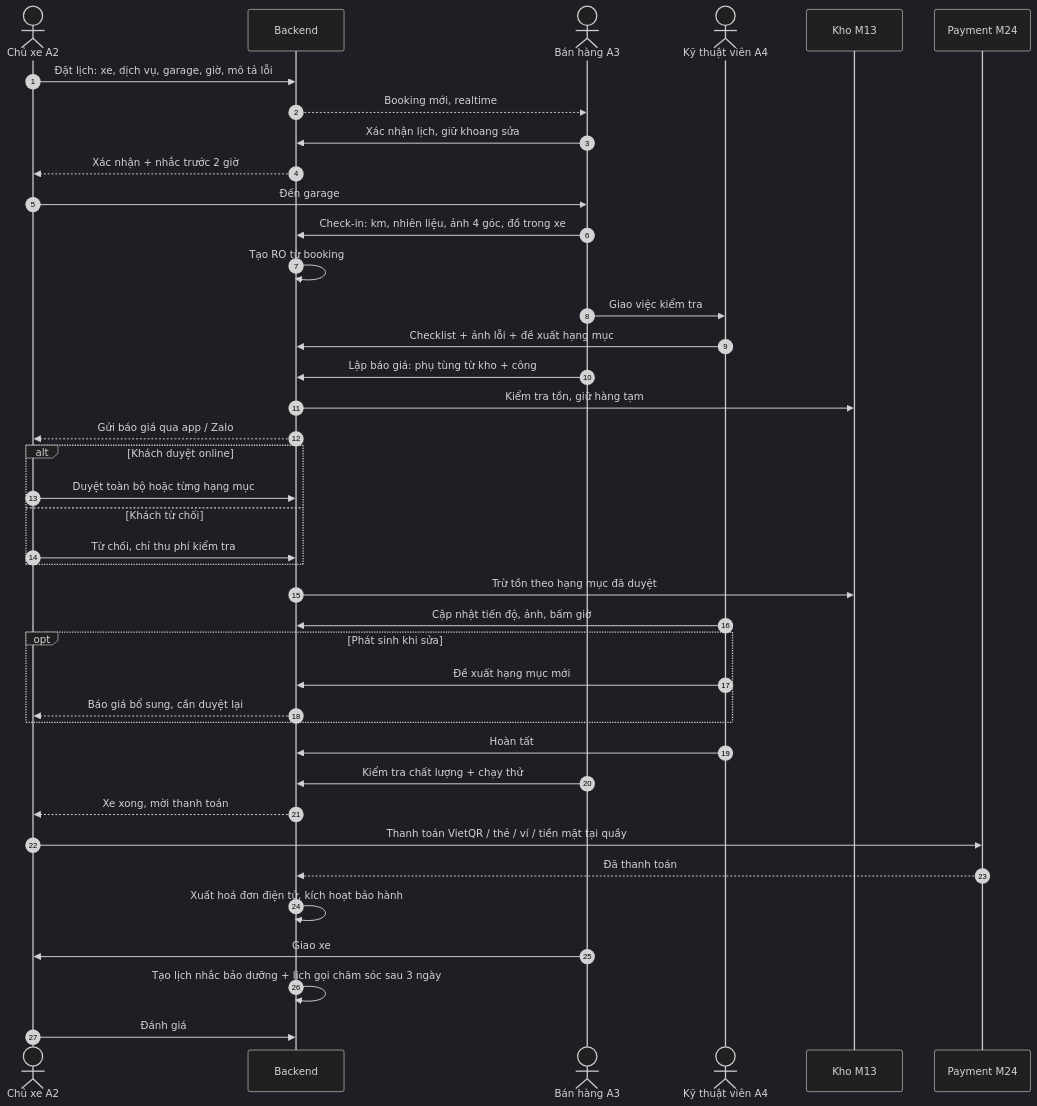
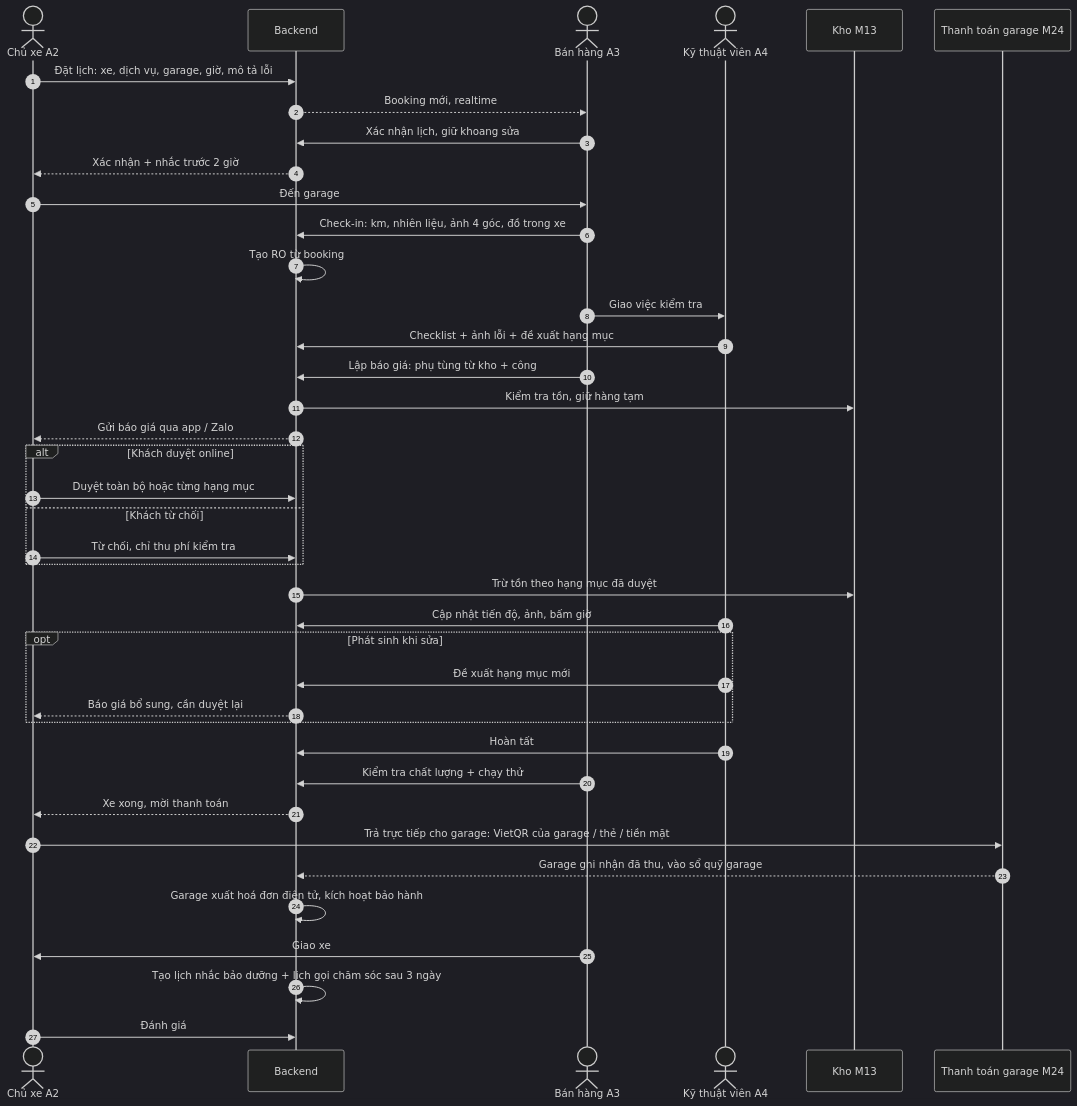
The second of 9 diagrams in docs/04-luong-nghiep-vu.md (south93/cardiy-crm), drawn with Mermaid (dark theme) before and after one commit. The commit also changed other lines of this file and 9 other files, not shown here.

First line of the commit message:
Cập nhật đặc tả: sàn chỉ là trung gian, cứu hộ là dịch vụ của garage; thêm lộ trình

````diff
--- a/docs/04-luong-nghiep-vu.md
+++ b/docs/04-luong-nghiep-vu.md
@@ -45,43 +45,43 @@
 ```mermaid
 sequenceDiagram
   autonumber
   actor CX as Chủ xe A2
   participant API as Backend
   actor BH as Bán hàng A3
   actor KTV as Kỹ thuật viên A4
   participant KHO as Kho M13
-  participant PAY as Payment M24
+  participant PAY as Thanh toán garage M24
 
   CX->>API: Đặt lịch: xe, dịch vụ, garage, giờ, mô tả lỗi
   API-->>BH: Booking mới, realtime
   BH->>API: Xác nhận lịch, giữ khoang sửa
   API-->>CX: Xác nhận + nhắc trước 2 giờ
   CX->>BH: Đến garage
   BH->>API: Check-in: km, nhiên liệu, ảnh 4 góc, đồ trong xe
   API->>API: Tạo RO từ booking
   BH->>KTV: Giao việc kiểm tra
   KTV->>API: Checklist + ảnh lỗi + đề xuất hạng mục
   BH->>API: Lập báo giá: phụ tùng từ kho + công
   API->>KHO: Kiểm tra tồn, giữ hàng tạm
   API-->>CX: Gửi báo giá qua app / Zalo
   alt Khách duyệt online
     CX->>API: Duyệt toàn bộ hoặc từng hạng mục
   else Khách từ chối
     CX->>API: Từ chối, chỉ thu phí kiểm tra
   end
   API->>KHO: Trừ tồn theo hạng mục đã duyệt
   KTV->>API: Cập nhật tiến độ, ảnh, bấm giờ
   opt Phát sinh khi sửa
     KTV->>API: Đề xuất hạng mục mới
     API-->>CX: Báo giá bổ sung, cần duyệt lại
   end
   KTV->>API: Hoàn tất
   BH->>API: Kiểm tra chất lượng + chạy thử
   API-->>CX: Xe xong, mời thanh toán
-  CX->>PAY: Thanh toán VietQR / thẻ / ví / tiền mặt tại quầy
-  PAY-->>API: Đã thanh toán
-  API->>API: Xuất hoá đơn điện tử, kích hoạt bảo hành
+  CX->>PAY: Trả trực tiếp cho garage: VietQR của garage / thẻ / tiền mặt
+  PAY-->>API: Garage ghi nhận đã thu, vào sổ quỹ garage
+  API->>API: Garage xuất hoá đơn điện tử, kích hoạt bảo hành
   BH->>CX: Giao xe
   API->>API: Tạo lịch nhắc bảo dưỡng + lịch gọi chăm sóc sau 3 ngày
   CX->>API: Đánh giá
 ```
````
